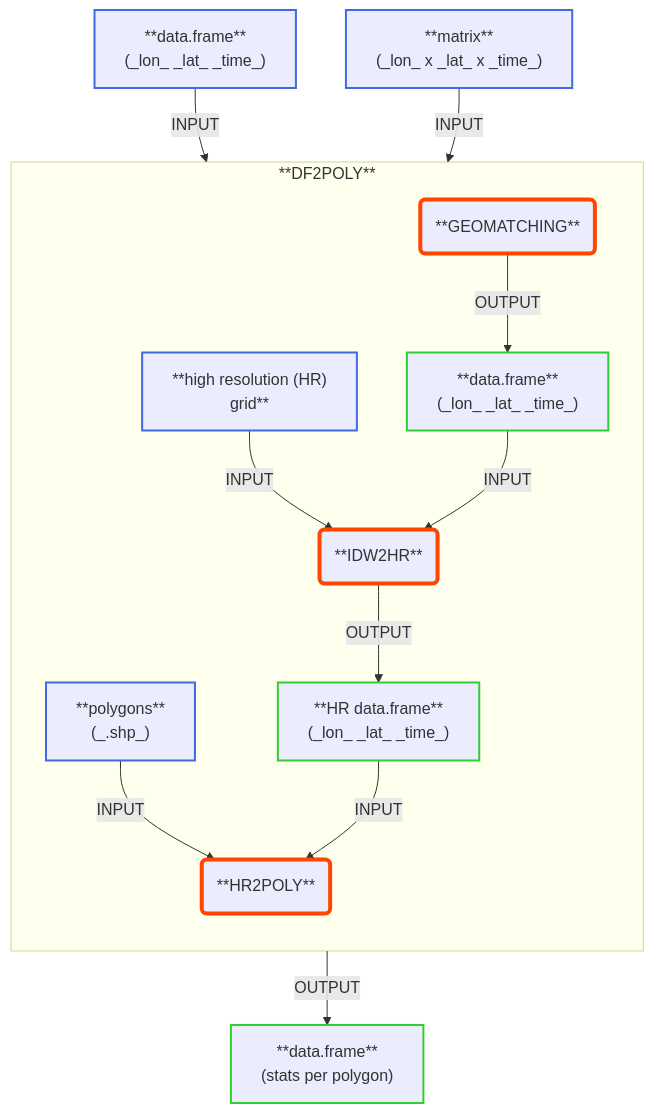
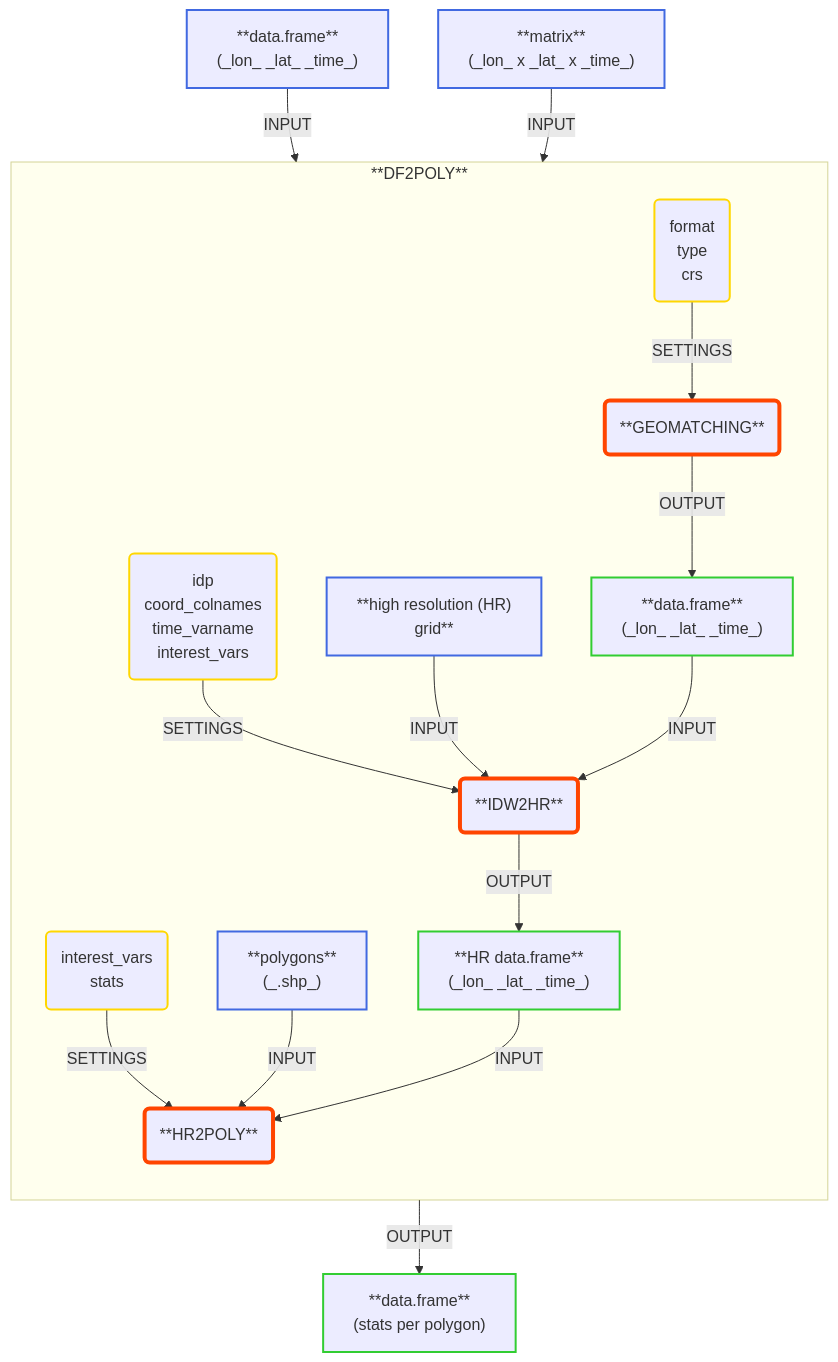
Before and after one commit to GRINS-Spoke0-WP2/geotools: the diagram in README.md, drawn with Mermaid. The commit also changed other lines of this file, not shown here.

Commit message:
Add installation instructions and enhance flowchart settings in README.md

````diff
--- a/README.md
+++ b/README.md
@@ -24,53 +32,71 @@
 ```mermaid
 flowchart TB
 
     %% input nodes
     input1a["**data.frame**
         (_lon_ _lat_ _time_)"]:::input
     input1b["**matrix**
         (_lon_ x _lat_ x _time_)"]:::input
     
     %% output node
     output3["**data.frame**
         (stats per polygon)"]:::output
 
     subgraph main_flow [**DF2POLY**]
         direction TB
         style main_flow opacity:.5
 
         %% input nodes
         input2b["**high resolution (HR)
             grid**"]:::input
         input3b["**polygons**
             (_.shp_)"]:::input
 
         %% function nodes
         function1("**GEOMATCHING**"):::function
         function2("**IDW2HR**"):::function
         function3("**HR2POLY**"):::function
 
+        %% settings nodes
+        settings1("format
+            type
+            crs"):::settings
+        settings2("idp
+            coord_colnames
+            time_varname
+            interest_vars
+            "):::settings
+        settings3("
+            interest_vars
+            stats
+            "):::settings
+
         %% output nodes
         output1["**data.frame**
             (_lon_ _lat_ _time_)"]:::output
         output2["**HR data.frame**
             (_lon_ _lat_ _time_)"]:::output
 
         %% relations
+        settings1 --> |"SETTINGS"| function1
+        settings2 --> |"SETTINGS"| function2
         input2b -->|"INPUT"| function2
         output1 -->|"INPUT"| function2
         function2 -->|"OUTPUT"| output2
+        settings3 --> |"SETTINGS"| function3
         input3b -->|"INPUT"| function3
         output2 -->|"INPUT"| function3
     end
 
     %% relations
     input1a -->|"INPUT"| function1
     input1b -->|"INPUT"| function1
     function1 -->|"OUTPUT"| output1
     function3 -->|"OUTPUT"| output3
 
     %% styles
     classDef input stroke:royalblue,stroke-width:2px;
     classDef function stroke:orangered,stroke-width:4px;
+    classDef settings stroke:gold,stroke-width:2px;
     classDef output stroke:limegreen,stroke-width:2px;
 ```
````
